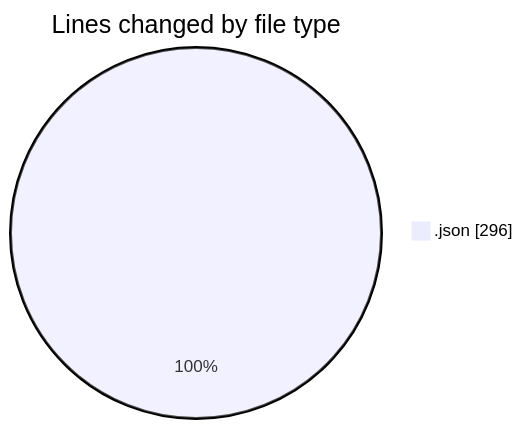
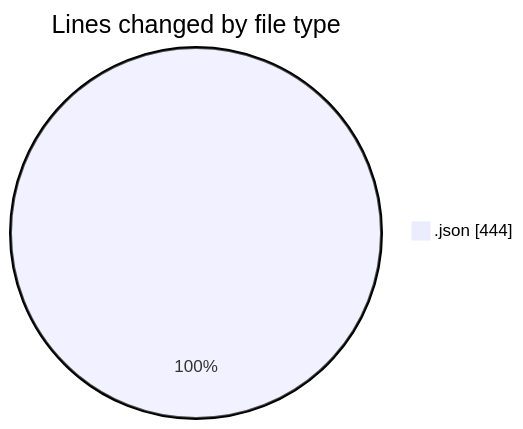
The first of 2 diagrams in 2026-10-17/mono-test/README.md (yexinjia/code-tracking), drawn with Mermaid before and after one commit. The commit also changed other lines of this file and 1 other file, not shown here.

````diff
--- a/2026-10-17/mono-test/README.md
+++ b/2026-10-17/mono-test/README.md
@@ -20,5 +20,5 @@
 ```mermaid
 pie showData
 title Lines changed by file type
-".json" : 296
+".json" : 444
 ```
````
